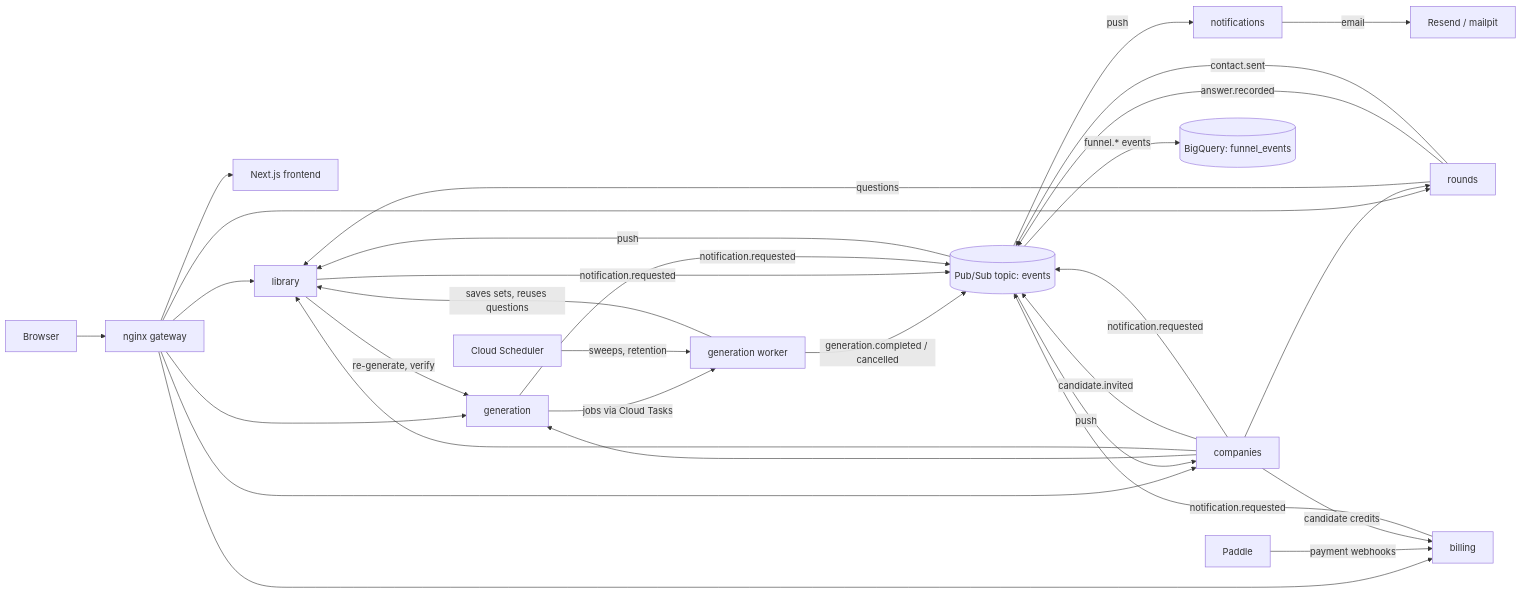
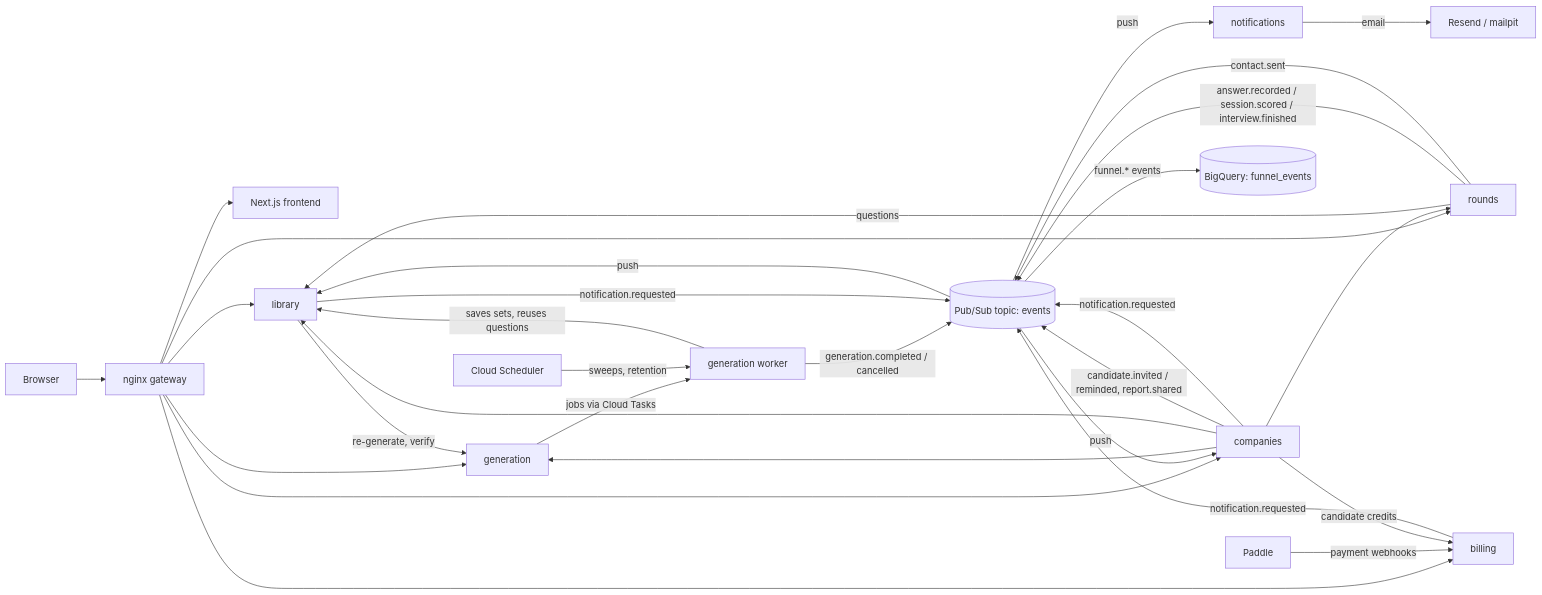
Before and after one commit to Vilsky-Viktor/ai-interview-prep-platform: the diagram in README.md, drawn with Mermaid. The commit also changed other lines of this file and 29 other files, not shown here.

````diff
--- a/README.md
+++ b/README.md
@@ -59,31 +69,31 @@
 ```mermaid
 flowchart LR
     browser[Browser] --> gateway[nginx gateway]
     gateway --> frontend[Next.js frontend]
     gateway --> library
     gateway --> generation
     gateway --> rounds
     gateway --> companies
     gateway --> billing
     paddle[Paddle] -- payment webhooks --> billing
 
     generation -- jobs via Cloud Tasks --> worker[generation worker]
     scheduler[Cloud Scheduler] -- sweeps, retention --> worker
     worker -- saves sets, reuses questions --> library
     library -- re-generate, verify --> generation
     rounds -- questions --> library
     companies --> generation
     companies --> library
     companies --> rounds
     companies -- candidate credits --> billing
 
-    rounds -- answer.recorded --> pubsub[(Pub/Sub topic: events)]
+    rounds -- answer.recorded / session.scored / interview.finished --> pubsub[(Pub/Sub topic: events)]
     worker -- generation.completed / cancelled --> pubsub
-    companies -- candidate.invited --> pubsub
+    companies -- candidate.invited / reminded, report.shared --> pubsub
     rounds -- contact.sent --> pubsub
-    library & generation & companies & billing -- notification.requested --> pubsub
+    library & companies & billing -- notification.requested --> pubsub
     pubsub -- push --> library
     pubsub -- push --> companies
     pubsub -- push --> notifications -- email --> smtp[Resend / mailpit]
     pubsub -- funnel.* events --> bigquery[(BigQuery: funnel_events)]
 ```
````
